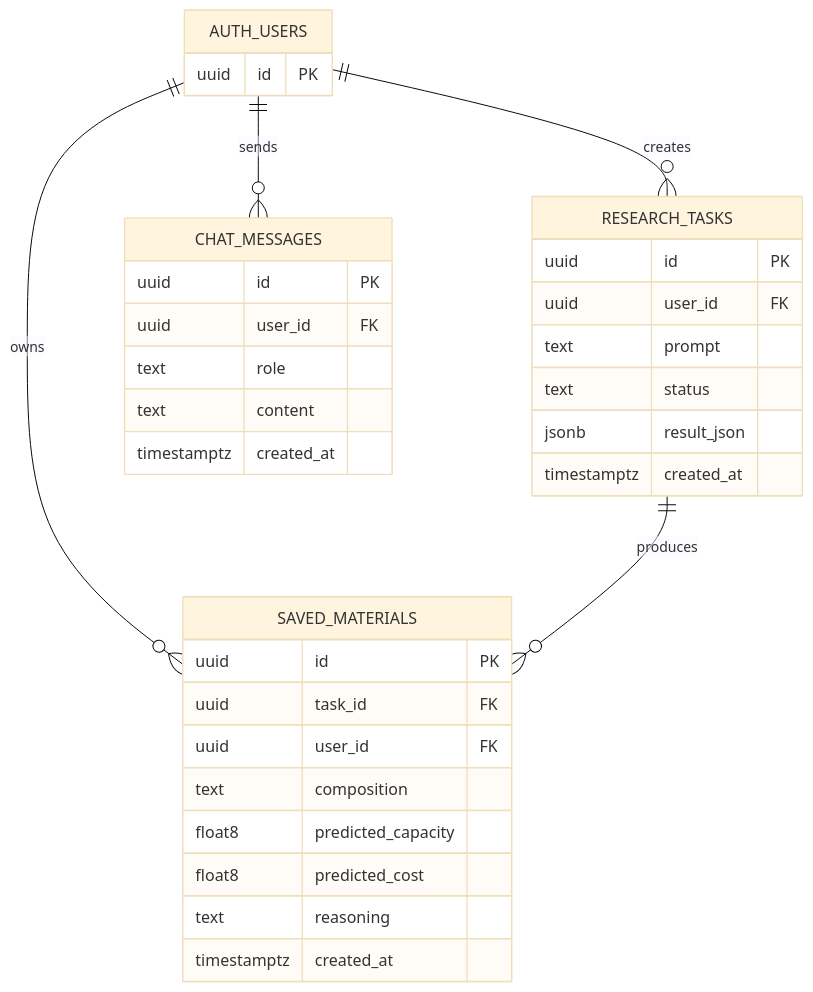
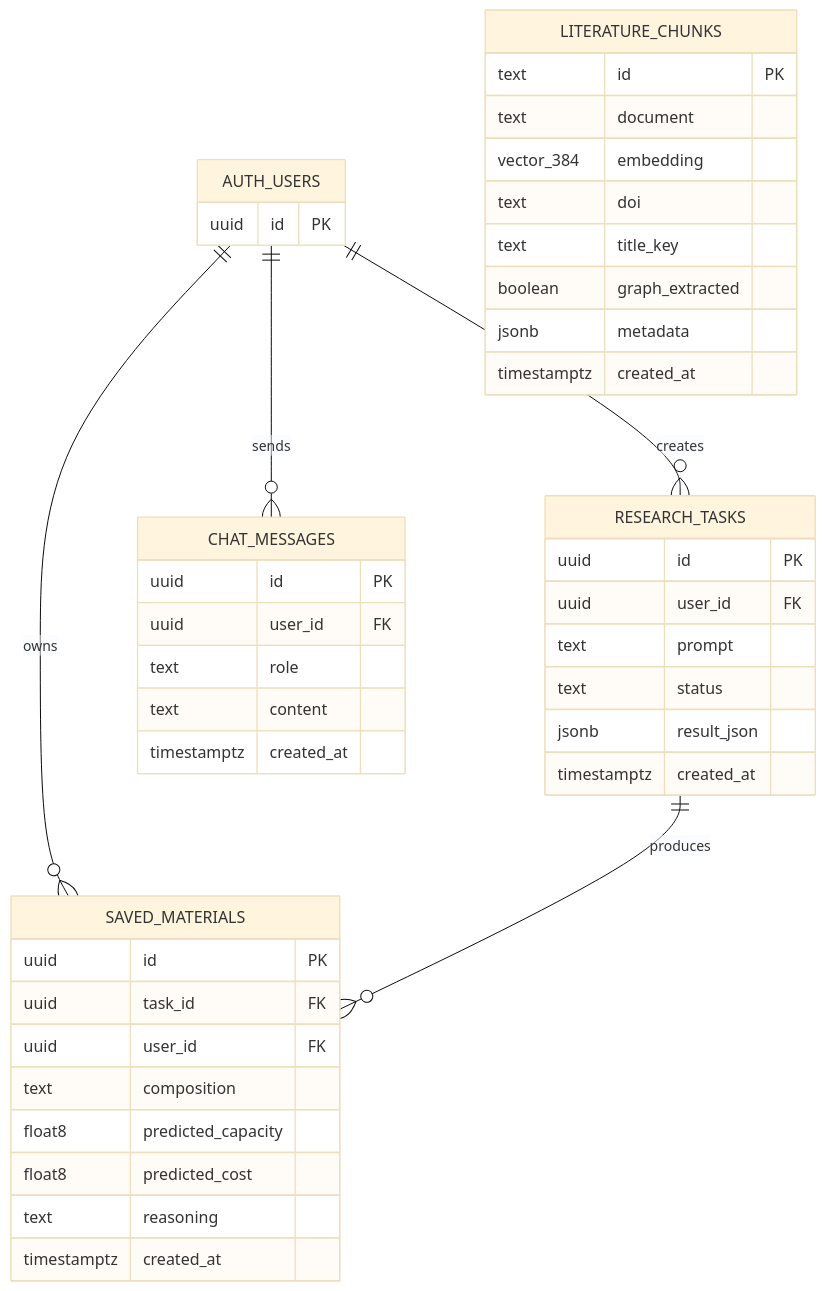
Before and after one commit to Rahul-8283/AURA_Data_Driven: diagram 20 of 27 in README.md, drawn with Mermaid (base theme). The commit also changed other lines of this file and 2 other files, not shown here.

Commit message:
docs: bring database schema docs up to date with literature_chunks
- README: add literature_chunks to the schema diagram and the stack table,
  note that only the user tables are scoped by auth.uid(), describe the
  pgvector extension in the setup step, and add a troubleshooting row for
  a missing schema
- CLAUDE.md: list literature_chunks among the Supabase tables
- TRD: correct ResearchTasks status values and columns, and SavedMaterials
  columns; add chat_messages and literature_chunks

````diff
--- a/README.md
+++ b/README.md
@@ -854,36 +854,46 @@
 ```mermaid
 erDiagram
     AUTH_USERS ||--o{ RESEARCH_TASKS : creates
     AUTH_USERS ||--o{ SAVED_MATERIALS : owns
     AUTH_USERS ||--o{ CHAT_MESSAGES : sends
     RESEARCH_TASKS ||--o{ SAVED_MATERIALS : produces
 
     AUTH_USERS {
         uuid id PK
     }
     RESEARCH_TASKS {
         uuid id PK
         uuid user_id FK
         text prompt
         text status
         jsonb result_json
         timestamptz created_at
     }
     SAVED_MATERIALS {
         uuid id PK
         uuid task_id FK
         uuid user_id FK
         text composition
         float8 predicted_capacity
         float8 predicted_cost
         text reasoning
         timestamptz created_at
     }
     CHAT_MESSAGES {
         uuid id PK
         uuid user_id FK
         text role
         text content
         timestamptz created_at
     }
+    LITERATURE_CHUNKS {
+        text id PK
+        text document
+        vector_384 embedding
+        text doi
+        text title_key
+        boolean graph_extracted
+        jsonb metadata
+        timestamptz created_at
+    }
 ```
````
